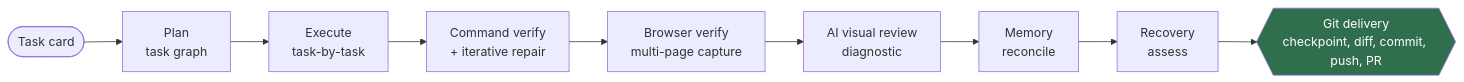
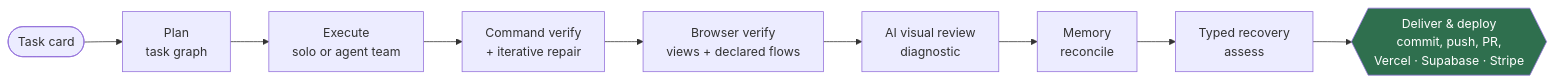
The diagram in README.md (earthwalker17/agent-os), drawn with Mermaid before and after one commit. The commit also changed other lines of this file and 73 other files, not shown here.

````diff
--- a/README.md
+++ b/README.md
@@ -131,12 +121,12 @@
 ```mermaid
 flowchart LR
     A([Task card]) --> B[Plan<br/>task graph]
-    B --> C[Execute<br/>task-by-task]
+    B --> C[Execute<br/>solo or agent team]
     C --> D[Command verify<br/>+ iterative repair]
-    D --> E[Browser verify<br/>multi-page capture]
+    D --> E[Browser verify<br/>views + declared flows]
     E --> F[AI visual review<br/>diagnostic]
     F --> G[Memory<br/>reconcile]
-    G --> H[Recovery<br/>assess]
-    H --> I{{Git delivery<br/>checkpoint, diff, commit, push, PR}}
+    G --> H[Typed recovery<br/>assess]
+    H --> I{{Deliver & deploy<br/>commit, push, PR,<br/>Vercel · Supabase · Stripe}}
     style I fill:#2f6f4e,color:#fff
 ```
````
